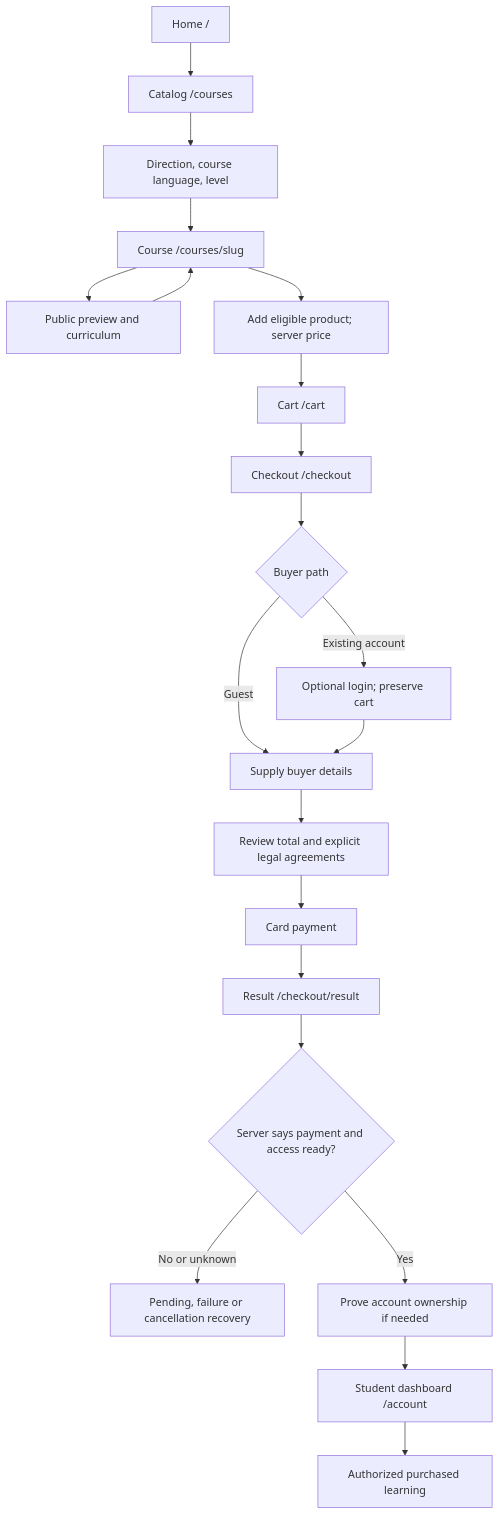
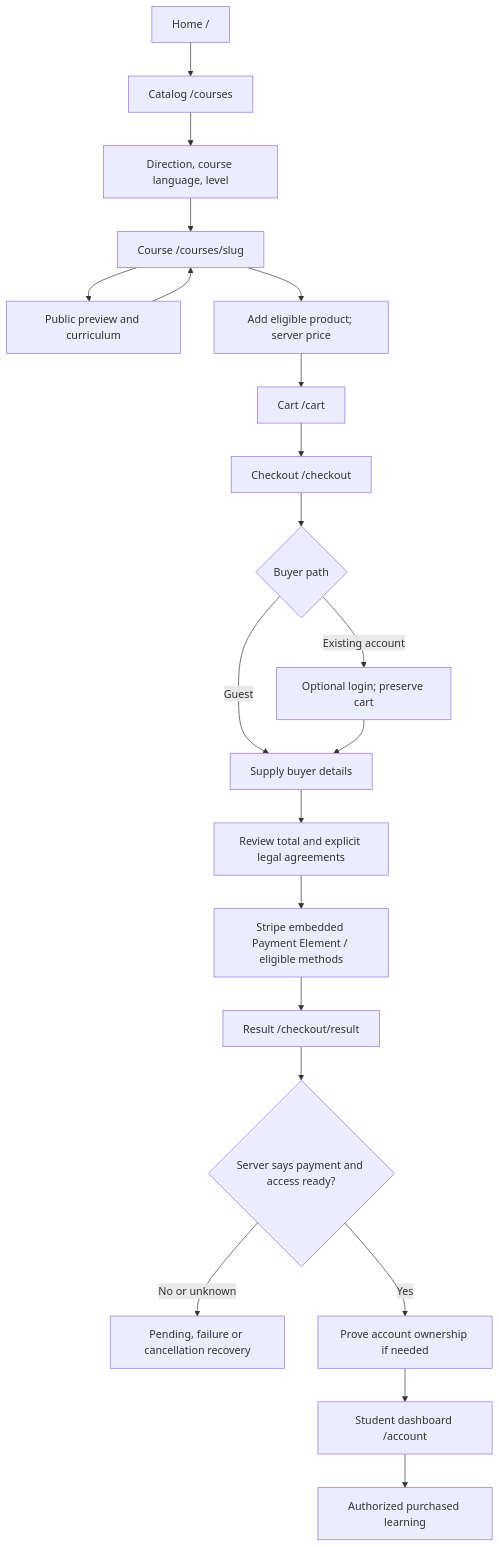
Before and after one commit to IBPA-ANDREEVA/lms-academy: the first of 6 diagrams in docs/architecture/public-user-flows.md, drawn with Mermaid. The commit also changed other lines of this file and 16 other files, not shown here.

````diff
--- a/docs/architecture/public-user-flows.md
+++ b/docs/architecture/public-user-flows.md
@@ -23,23 +23,23 @@
 ```mermaid
 flowchart TD
     home["Home /"] --> catalog["Catalog /courses"]
     catalog --> filters["Direction, course language, level"]
     filters --> course["Course /courses/slug"]
     course --> preview["Public preview and curriculum"]
     preview --> course
     course --> add["Add eligible product; server price"]
     add --> cart["Cart /cart"]
     cart --> checkout["Checkout /checkout"]
     checkout --> identity{"Buyer path"}
     identity -->|Guest| details["Supply buyer details"]
     identity -->|Existing account| login["Optional login; preserve cart"]
     login --> details
     details --> consent["Review total and explicit legal agreements"]
-    consent --> payment["Card payment"]
+    consent --> payment["Stripe embedded Payment Element / eligible methods"]
     payment --> result["Result /checkout/result"]
     result --> confirmed{"Server says payment and access ready?"}
     confirmed -->|No or unknown| recovery["Pending, failure or cancellation recovery"]
     confirmed -->|Yes| account["Prove account ownership if needed"]
     account --> dashboard["Student dashboard /account"]
     dashboard --> learning["Authorized purchased learning"]
 ```
````
